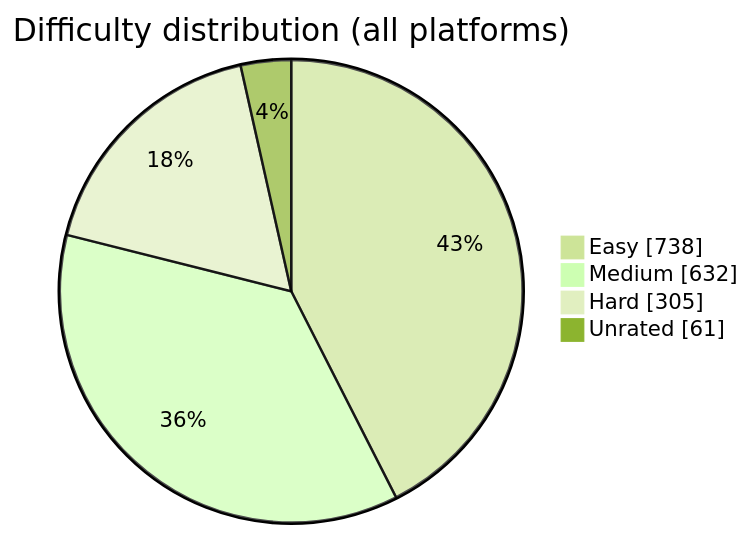
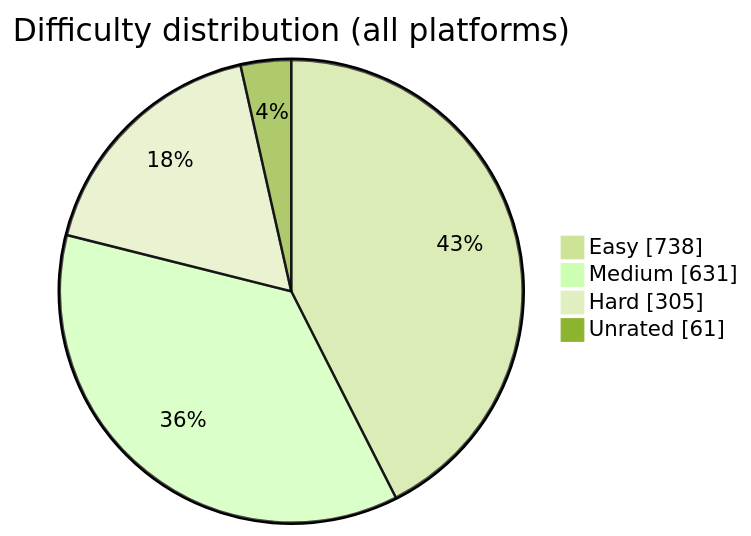
Before and after one commit to BuildbyArindam/Daily-Coding-Log: the diagram in README.md, drawn with Mermaid (forest theme). The commit also changed other lines of this file, not shown here.

````diff
--- a/README.md
+++ b/README.md
@@ -93,7 +93,7 @@
 ```mermaid
 pie showData title Difficulty distribution (all platforms)
     "Easy" : 738
-    "Medium" : 632
+    "Medium" : 631
     "Hard" : 305
     "Unrated" : 61
 ```
````
